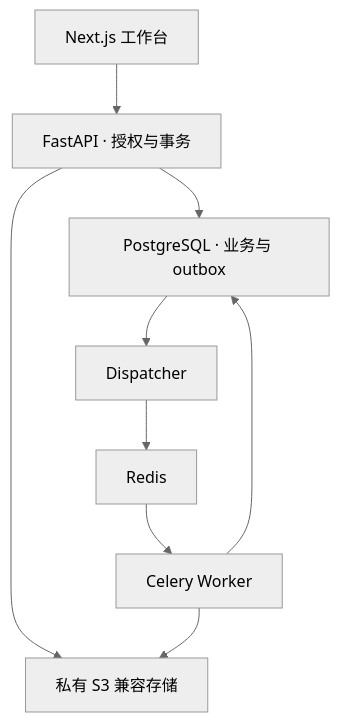
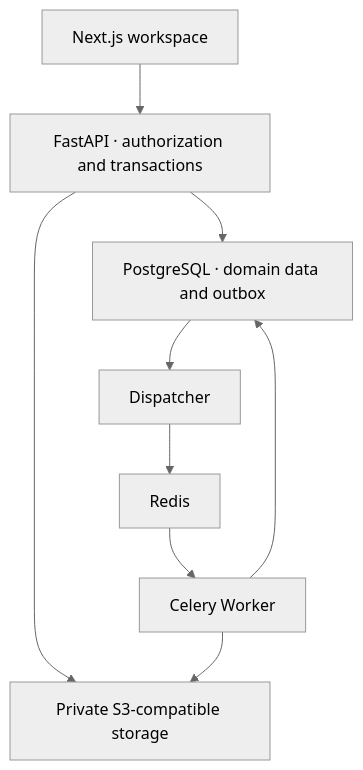
The diagram in README.md (Fancy8/ResearchOS), drawn with Mermaid (neutral theme) before and after one commit. The commit also changed other lines of this file and 3 other files, not shown here.

````diff
--- a/README.md
+++ b/README.md
@@ -134,11 +136,11 @@
 ```mermaid
 flowchart TB
-    web["Next.js 工作台"] --> api["FastAPI · 授权与事务"]
-    api --> db["PostgreSQL · 业务与 outbox"]
-    api --> files["私有 S3 兼容存储"]
+    web["Next.js workspace"] --> api["FastAPI · authorization and transactions"]
+    api --> db["PostgreSQL · domain data and outbox"]
+    api --> files["Private S3-compatible storage"]
     db --> dispatch["Dispatcher"]
     dispatch --> queue["Redis"]
     queue --> worker["Celery Worker"]
     worker --> db
     worker --> files
 ```
````
